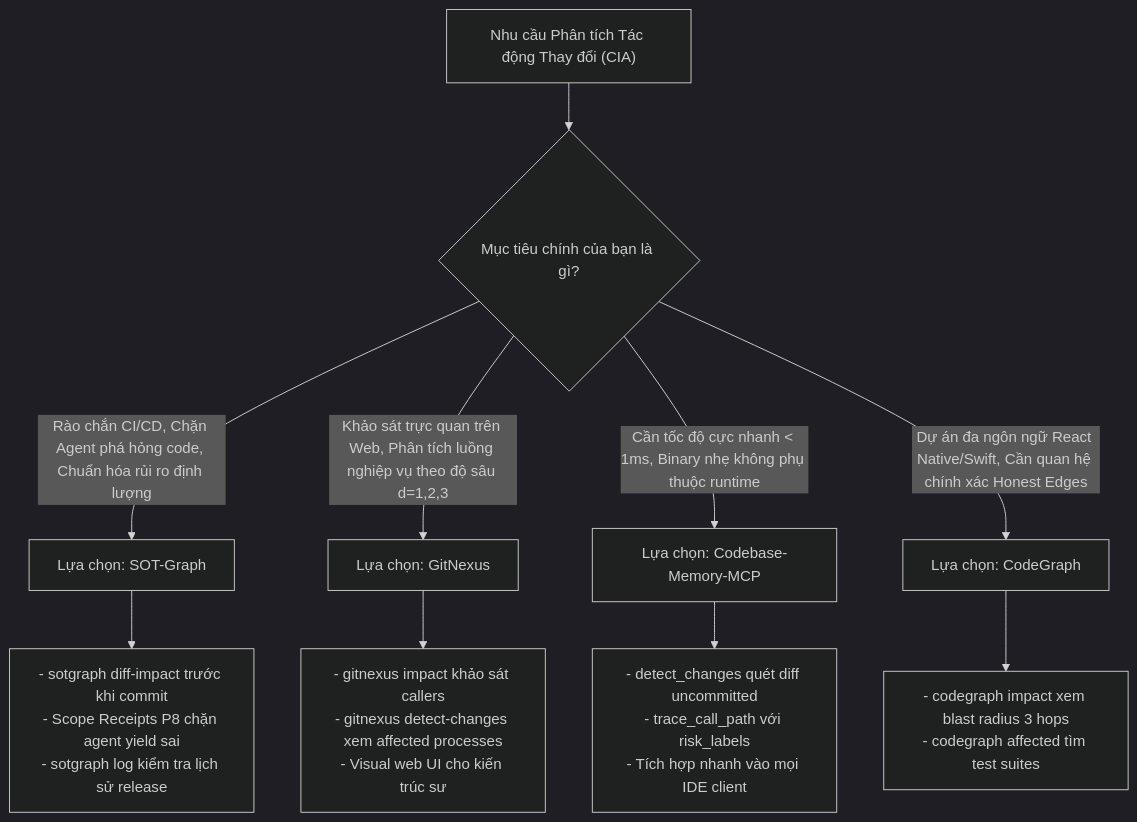
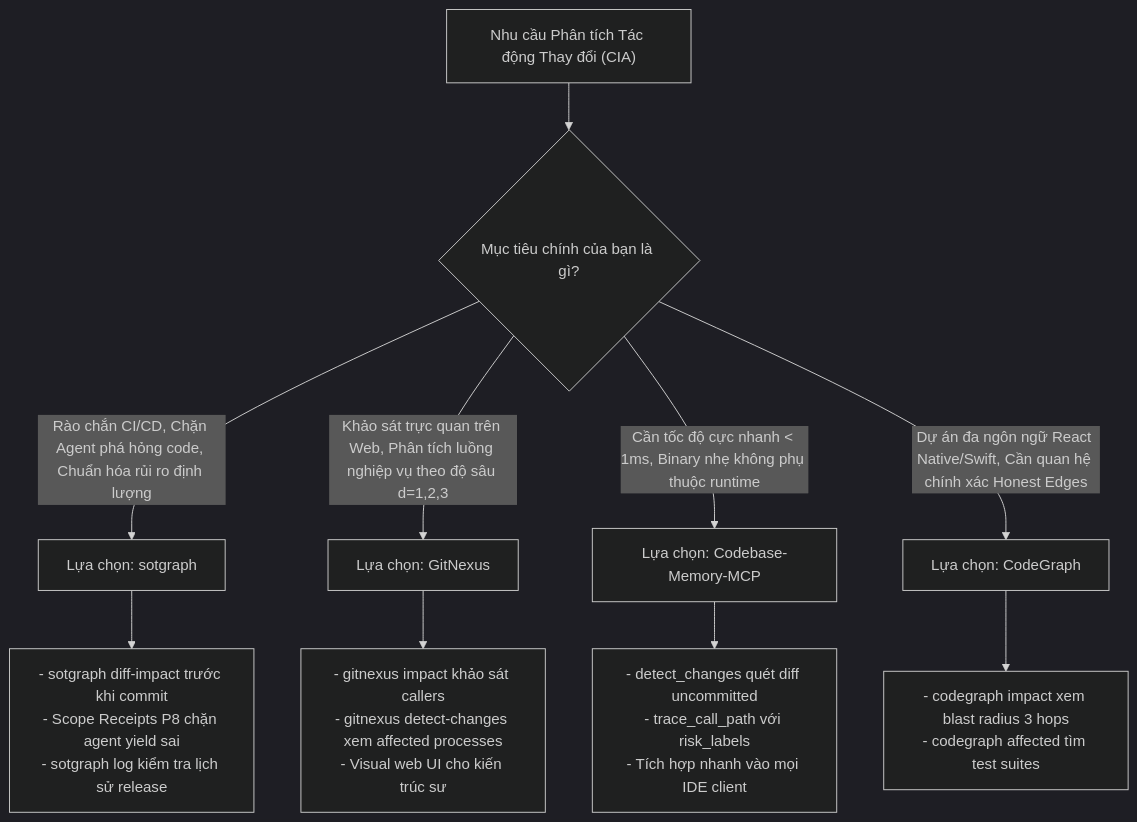
Before and after one commit to minhgv/sotgraph: the second of 2 diagrams in docs/IMPACT_ASSESSMENT_COMPARISON.md, drawn with Mermaid (dark theme). The commit also changed other lines of this file and 29 other files, not shown here.

First line of the commit message:
docs: rename sot-graph to sotgraph across docs; one-shot install guide; CBM extractor section

````diff
--- a/docs/IMPACT_ASSESSMENT_COMPARISON.md
+++ b/docs/IMPACT_ASSESSMENT_COMPARISON.md
@@ -206,14 +206,14 @@
 ```mermaid
 flowchart TD
     Start["Nhu cầu Phân tích Tác động Thay đổi (CIA)"] --> Q1{"Mục tiêu chính của bạn là gì?"}
 
-    Q1 -->|"Rào chắn CI/CD, Chặn Agent phá hỏng code, Chuẩn hóa rủi ro định lượng"| SG_Choice["Lựa chọn: SOT-Graph"]
+    Q1 -->|"Rào chắn CI/CD, Chặn Agent phá hỏng code, Chuẩn hóa rủi ro định lượng"| SG_Choice["Lựa chọn: sotgraph"]
     Q1 -->|"Khảo sát trực quan trên Web, Phân tích luồng nghiệp vụ theo độ sâu d=1,2,3"| GN_Choice["Lựa chọn: GitNexus"]
     Q1 -->|"Cần tốc độ cực nhanh < 1ms, Binary nhẹ không phụ thuộc runtime"| CBM_Choice["Lựa chọn: Codebase-Memory-MCP"]
     Q1 -->|"Dự án đa ngôn ngữ React Native/Swift, Cần quan hệ chính xác Honest Edges"| CG_Choice["Lựa chọn: CodeGraph"]
 
     SG_Choice --> SG_Use["- sotgraph diff-impact trước khi commit<br/>- Scope Receipts P8 chặn agent yield sai<br/>- sotgraph log kiểm tra lịch sử release"]
     GN_Choice --> GN_Use["- gitnexus impact khảo sát callers<br/>- gitnexus detect-changes xem affected processes<br/>- Visual web UI cho kiến trúc sư"]
     CBM_Choice --> CBM_Use["- detect_changes quét diff uncommitted<br/>- trace_call_path với risk_labels<br/>- Tích hợp nhanh vào mọi IDE client"]
     CG_Choice --> CG_Use["- codegraph impact xem blast radius 3 hops<br/>- codegraph affected tìm test suites"]
 ```
````
